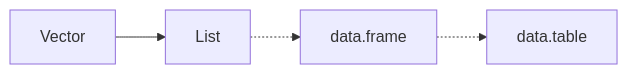
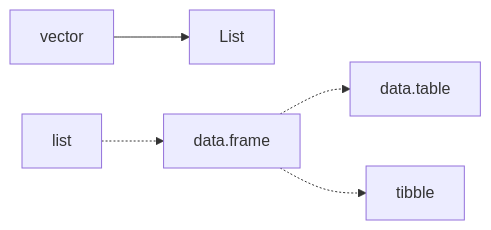
The fourth of 4 diagrams in 03_vectors_notes.qmd (giorgiacek/advanced_R), drawn with Mermaid before and after one commit. The commit also changed other lines of this file and 1 other file, not shown here.

````diff
--- a/03_vectors_notes.qmd
+++ b/03_vectors_notes.qmd
@@ -337,7 +406,8 @@
 ```{mermaid}
 flowchart LR
-  Vector --> List
-  List -.-> data.frame
+  vector --> List
+  list -.-> data.frame
   data.frame -.-> data.table
+  data.frame -.-> tibble
 
 ```
````
